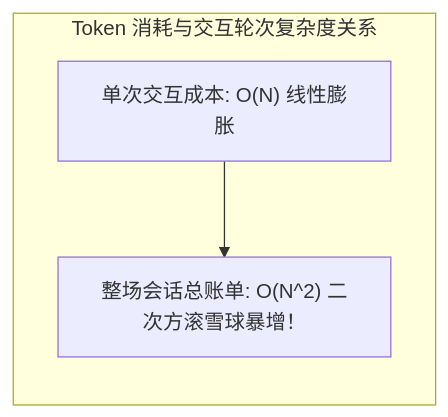
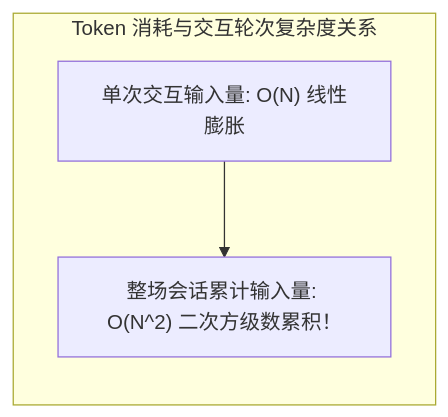
One commit to Garfield247/agent-optima changed the first of 4 diagrams in 02-token-efficiency-and-cost-optimization.md. Above: the diagram before and after it, drawn with Mermaid. The commit also changed other lines of this file and 6 other files, not shown here.

````diff
--- a/02-token-efficiency-and-cost-optimization.md
+++ b/02-token-efficiency-and-cost-optimization.md
@@ -60,8 +56,8 @@
 ```mermaid
 graph LR
     subgraph CostGrowth ["Token 消耗与交互轮次复杂度关系"]
         direction TB
-        L["单次交互成本: O(N) 线性膨胀"] 
-        --> T["整场会话总账单: O(N^2) 二次方滚雪球暴增！"]
+        L["单次交互输入量: O(N) 线性膨胀"] 
+        --> T["整场会话累计输入量: O(N^2) 二次方级数累积！"]
     end
 ```
````
